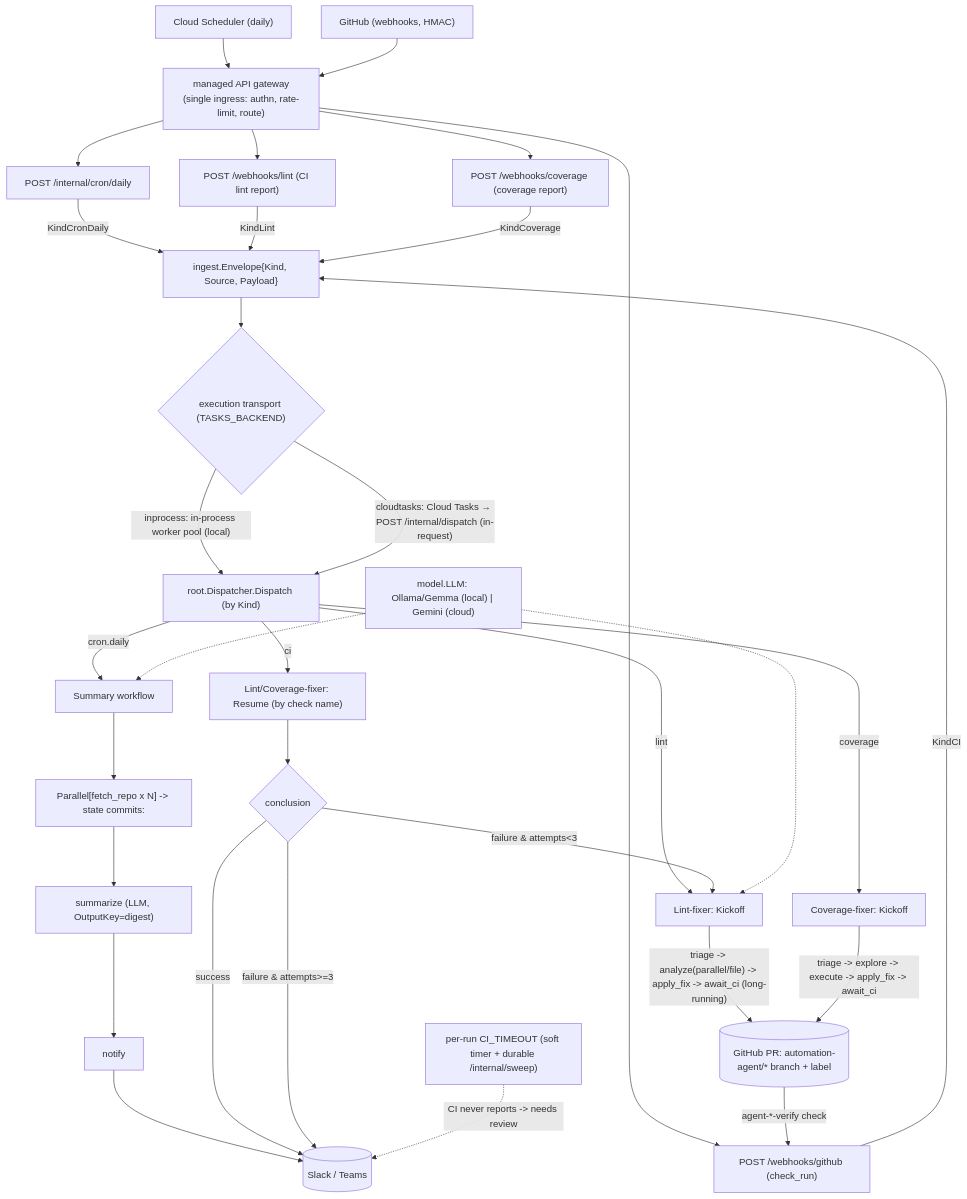
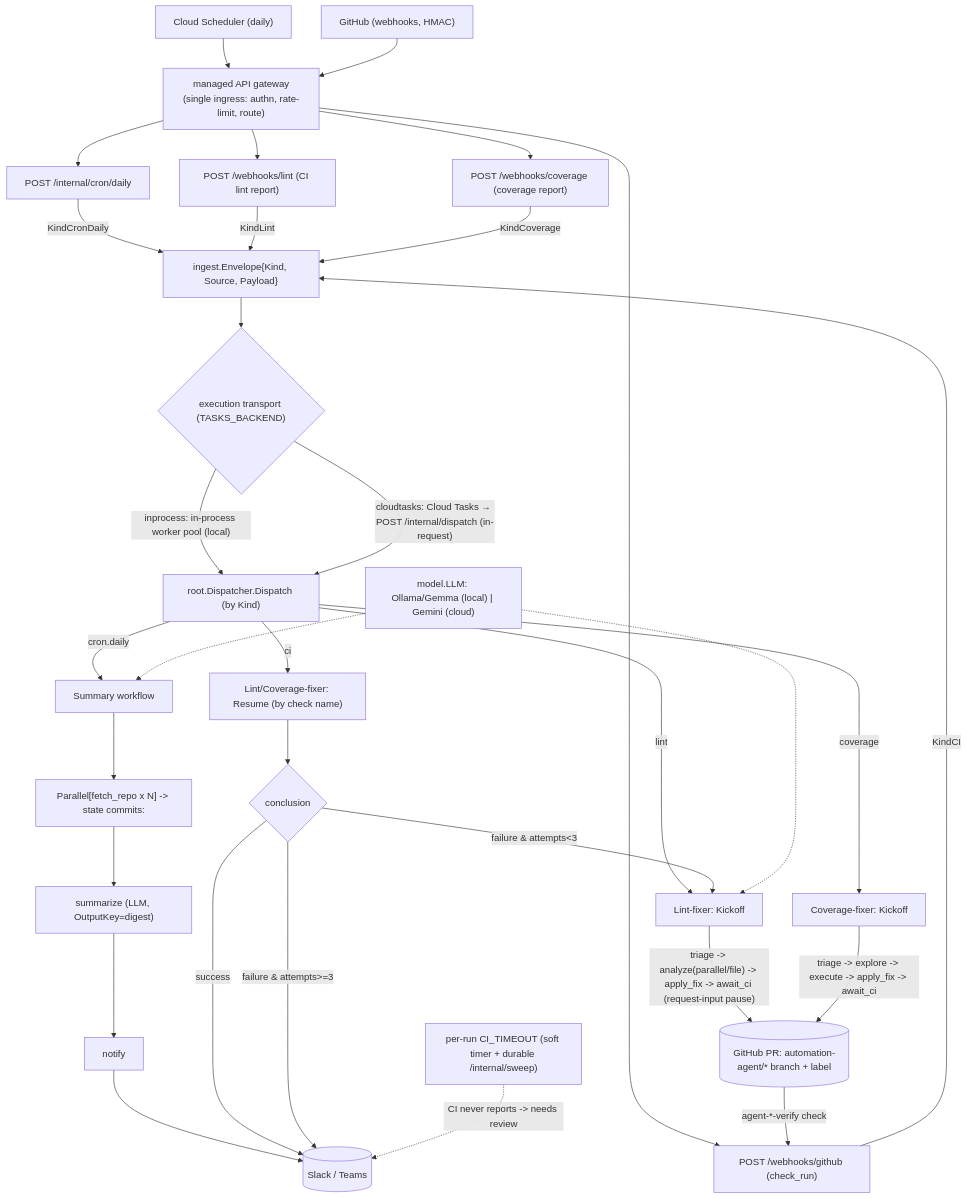
Before and after one commit to jkjamies/automation-agent: the first of 2 diagrams in go/AGENTS.md, drawn with Mermaid. The commit also changed other lines of this file and 12 other files, not shown here.

````diff
--- a/go/AGENTS.md
+++ b/go/AGENTS.md
@@ -9,37 +9,37 @@
 ```mermaid
 flowchart TD
     CS["Cloud Scheduler (daily)"] --> GW
     GH["GitHub (webhooks, HMAC)"] --> GW
     GW["managed API gateway<br/>(single ingress: authn, rate-limit, route)"] --> Cron["POST /internal/cron/daily"]
     GW --> WLint["POST /webhooks/lint (CI lint report)"]
     GW --> WCov["POST /webhooks/coverage (coverage report)"]
     GW --> WCI["POST /webhooks/github (check_run)"]
     Cron -->|KindCronDaily| Env["ingest.Envelope{Kind, Source, Payload}"]
     WLint -->|KindLint| Env
     WCov -->|KindCoverage| Env
     WCI -->|KindCI| Env
     Env --> TX{"execution transport (TASKS_BACKEND)"}
     TX -->|"inprocess: in-process worker pool (local)"| Root
     TX -->|"cloudtasks: Cloud Tasks → POST /internal/dispatch (in-request)"| Root
     Root["root.Dispatcher.Dispatch (by Kind)"]
     Root -->|"cron.daily"| Sum["Summary workflow"]
     Root -->|lint| LFK["Lint-fixer: Kickoff"]
     Root -->|coverage| CFK["Coverage-fixer: Kickoff"]
     Root -->|ci| LFR["Lint/Coverage-fixer: Resume (by check name)"]
 
     Sum --> Par["Parallel[fetch_repo x N] -> state commits:<repo>"]
     Par --> Smz["summarize (LLM, OutputKey=digest)"]
     Smz --> Ntf["notify"] --> Chat[("Slack / Teams")]
 
-    LFK -->|"triage -> analyze(parallel/file) -> apply_fix -> await_ci (long-running)"| PR[("GitHub PR: automation-agent/* branch + label")]
+    LFK -->|"triage -> analyze(parallel/file) -> apply_fix -> await_ci (request-input pause)"| PR[("GitHub PR: automation-agent/* branch + label")]
     CFK -->|"triage -> explore -> execute -> apply_fix -> await_ci"| PR
     PR -->|"agent-*-verify check"| WCI
     LFR --> Dec{conclusion}
     Dec -->|success| Chat
     Dec -->|"failure & attempts<3"| LFK
     Dec -->|"failure & attempts>=3"| Chat
     TO["per-run CI_TIMEOUT (soft timer + durable /internal/sweep)"] -.->|"CI never reports -> needs review"| Chat
 
     Models["model.LLM: Ollama/Gemma (local) | Gemini (cloud)"] -.-> Sum
     Models -.-> LFK
 ```
````
